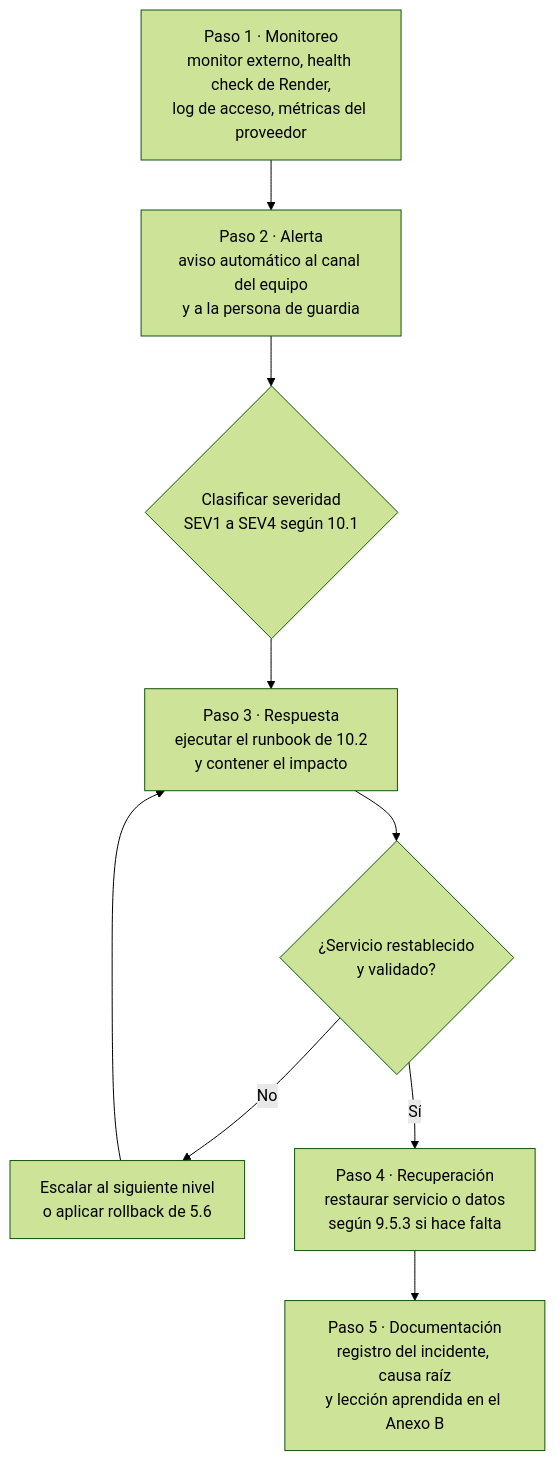
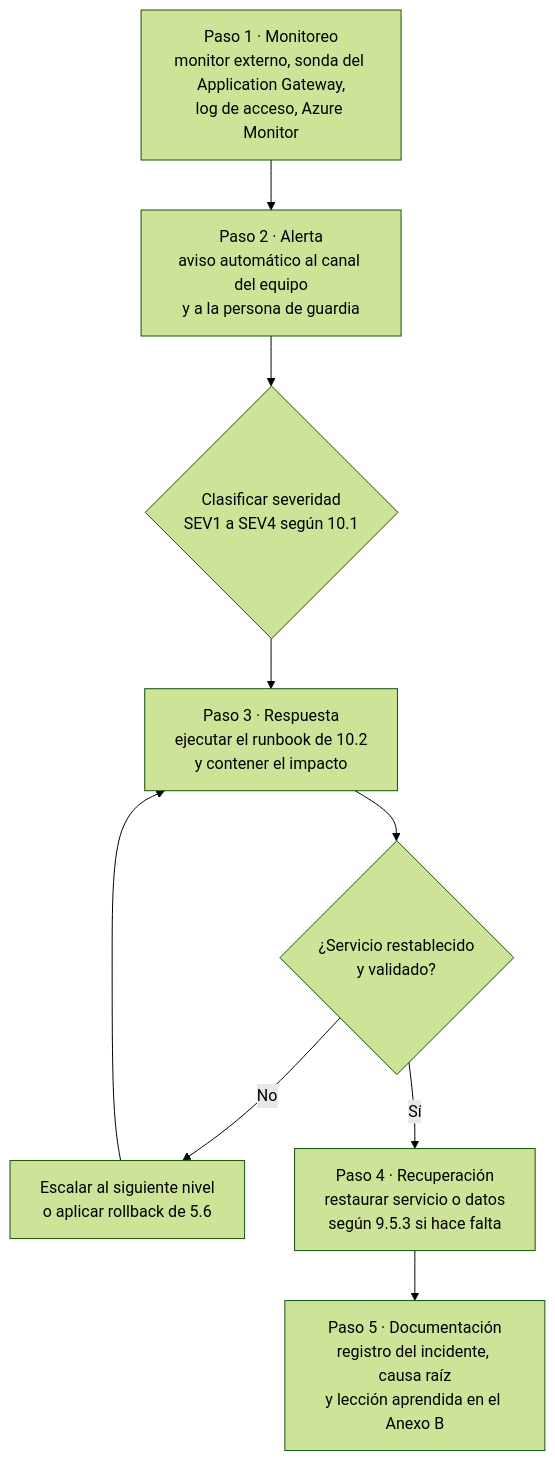
One commit to EncorelyHQ/encorly_back changed diagram 11 of 11 in docs/reportes/manuales/MANUAL-TECNICO-ENCORELY.md. Above: the diagram before and after it, drawn with Mermaid (forest theme). The commit also changed other lines of this file and 21 other files, not shown here.

````diff
--- a/docs/reportes/manuales/MANUAL-TECNICO-ENCORELY.md
+++ b/docs/reportes/manuales/MANUAL-TECNICO-ENCORELY.md
@@ -1802,29 +1996,29 @@
 ```mermaid
 flowchart TB
   M["`Paso 1 · Monitoreo
-  monitor externo, health check de Render,
-  log de acceso, métricas del proveedor`"]
+  monitor externo, sonda del Application Gateway,
+  log de acceso, Azure Monitor`"]
   A["`Paso 2 · Alerta
   aviso automático al canal del equipo
   y a la persona de guardia`"]
   C{"`Clasificar severidad
   SEV1 a SEV4 según 10.1`"}
   R["`Paso 3 · Respuesta
   ejecutar el runbook de 10.2
   y contener el impacto`"]
   V{"`¿Servicio restablecido
   y validado?`"}
   E["`Escalar al siguiente nivel
   o aplicar rollback de 5.6`"]
   REC["`Paso 4 · Recuperación
   restaurar servicio o datos
   según 9.5.3 si hace falta`"]
   DOC["`Paso 5 · Documentación
   registro del incidente, causa raíz
   y lección aprendida en el Anexo B`"]
   M --> A --> C
   C --> R
   R --> V
   V -- "No" --> E --> R
   V -- "Sí" --> REC --> DOC
 ```
````
